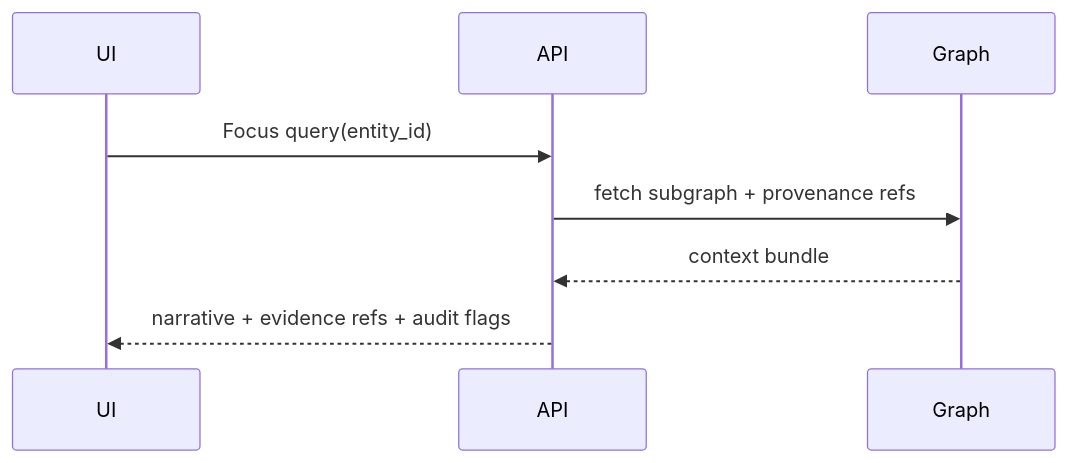
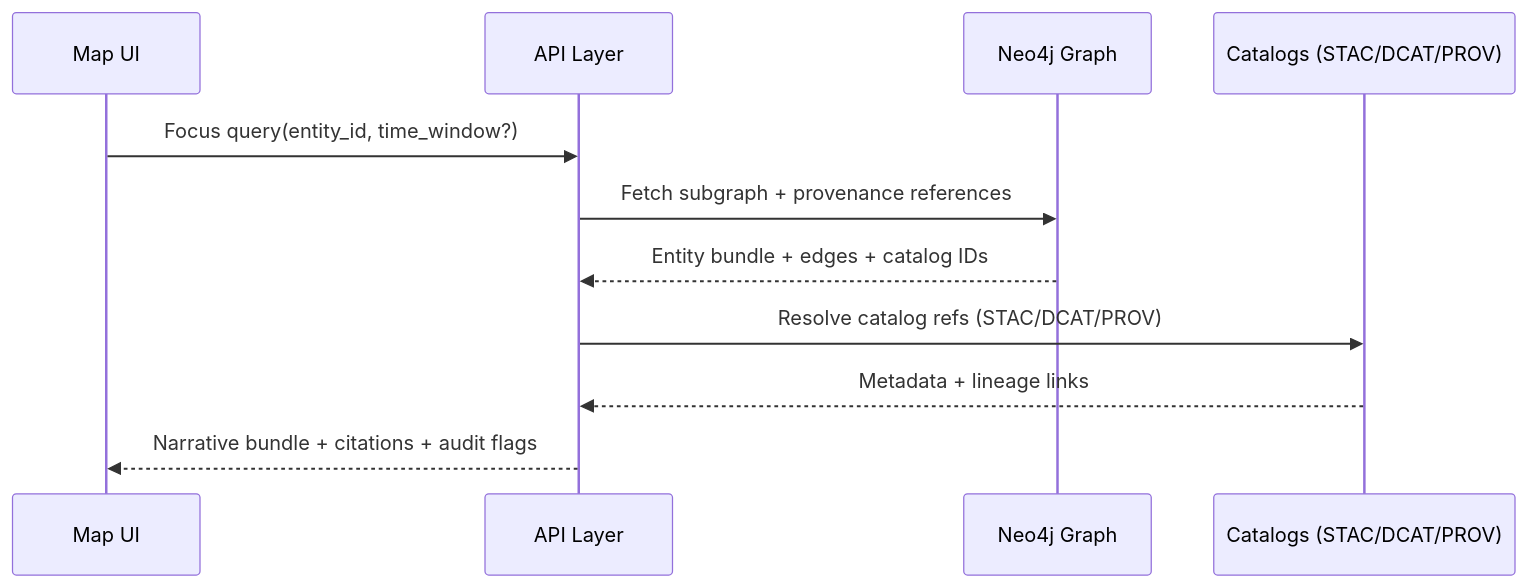
The second of 2 diagrams in ARCHITECTURE.md (bartytime4life/Kansas-Frontier-Matrix), drawn with Mermaid before and after one commit. The commit also changed other lines of this file, not shown here.

```diff
--- a/ARCHITECTURE.md
+++ b/ARCHITECTURE.md
@@ -189,10 +212,14 @@
 ~~~mermaid
 sequenceDiagram
-participant UI
-participant API
-participant Graph
-UI->>API: Focus query(entity_id)
-API->>Graph: fetch subgraph + provenance refs
-Graph-->>API: context bundle
-API-->>UI: narrative + evidence refs + audit flags
+  participant UI as Map UI
+  participant API as API Layer
+  participant Graph as Neo4j Graph
+  participant Cat as Catalogs (STAC/DCAT/PROV)
+
+  UI->>API: Focus query(entity_id, time_window?)
+  API->>Graph: Fetch subgraph + provenance references
+  Graph-->>API: Entity bundle + edges + catalog IDs
+  API->>Cat: Resolve catalog refs (STAC/DCAT/PROV)
+  Cat-->>API: Metadata + lineage links
+  API-->>UI: Narrative bundle + citations + audit flags
 ~~~
```
